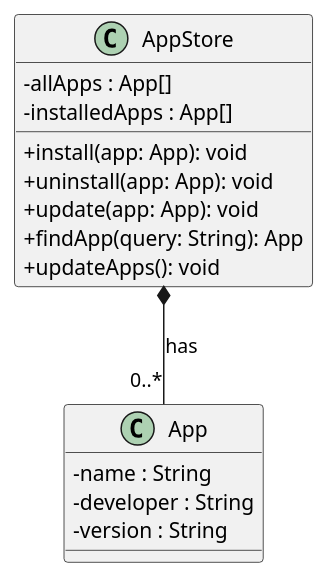
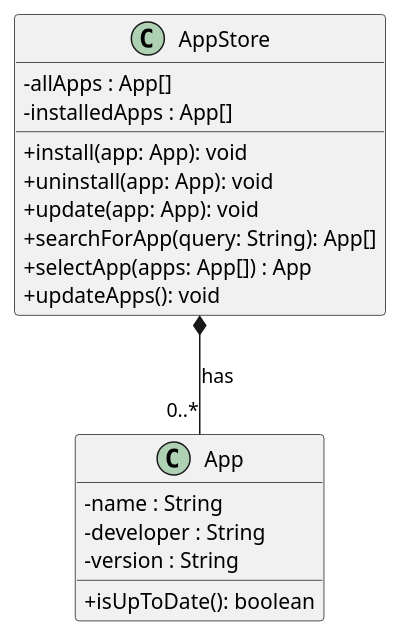
The diagram in src/appstore_classdiagram.puml (notfirefox/swea-project), drawn with PlantUML before and after one commit.

Commit message:
Update class diagram

```diff
--- a/src/appstore_classdiagram.puml
+++ b/src/appstore_classdiagram.puml
@@ -1,24 +1,26 @@
 @startuml
 
 skinparam classAttributeIconSize 0
 
 class App {
     -name : String
     -developer : String
     -version : String
+    +isUpToDate(): boolean
 }
 
 class AppStore {
     -allApps : App[]
     -installedApps : App[]
 
     +install(app: App): void
     +uninstall(app: App): void
     +update(app: App): void
-    +findApp(query: String): App
+    +searchForApp(query: String): App[]
+    +selectApp(apps: App[]) : App
     +updateApps(): void
 }
 
 AppStore *-- "0..*" App : has
 
 @enduml
```
